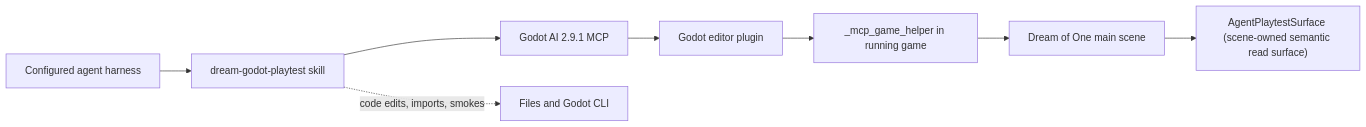
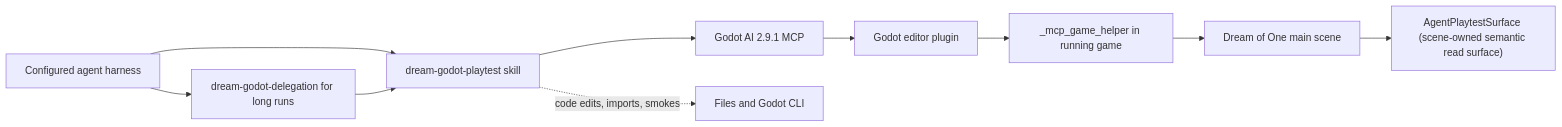
One commit to gigio1023/dream-of-one changed the diagram in docs/tech/godot-ai-playtest.md. Above: the diagram before and after it, drawn with Mermaid. The commit also changed other lines of this file and 8 other files, not shown here.

First line of the commit message:
godot: stabilize delegated playtest inspection

````diff
--- a/docs/tech/godot-ai-playtest.md
+++ b/docs/tech/godot-ai-playtest.md
@@ -108,10 +115,12 @@
 ```mermaid
 flowchart LR
-    A["Configured agent harness"] --> S["dream-godot-playtest skill"]
+    A["Configured agent harness"] --> D["dream-godot-delegation for long runs"]
+    A --> S["dream-godot-playtest skill"]
+    D --> S
     S --> M["Godot AI 2.9.1 MCP"]
     M --> E["Godot editor plugin"]
     E --> H["_mcp_game_helper in running game"]
     H --> G["Dream of One main scene"]
     G --> P["AgentPlaytestSurface (scene-owned semantic read surface)"]
     S -. "code edits, imports, smokes" .-> C["Files and Godot CLI"]
 ```
````
